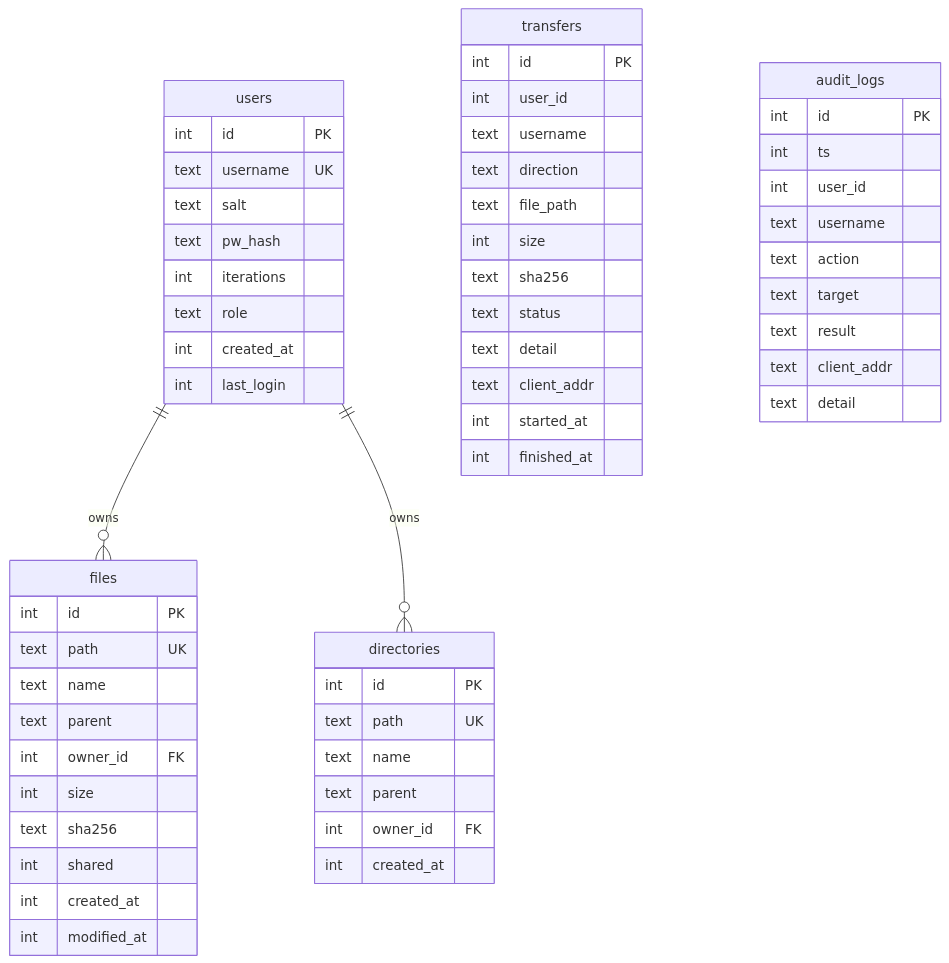
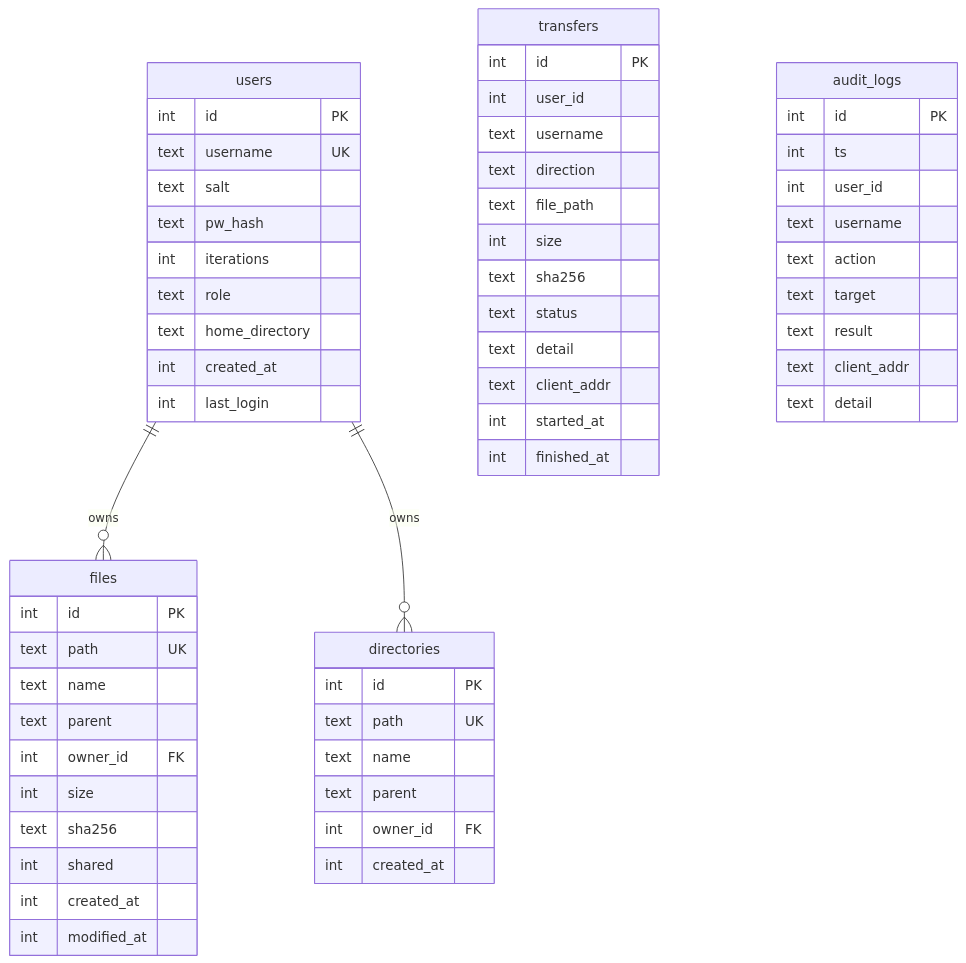
One commit to neelanjanpandaa/LinSFT changed the fifth of 5 diagrams in README.md. Above: the diagram before and after it, drawn with Mermaid. The commit also changed other lines of this file and 13 other files, not shown here.

Commit message:
Docs: SRS, SDLC, TestCases, POSTER_COMPLIANCE, 10-day plan; update README/UML/DEMO/ARCHITECTURE for the new layout and CLI

````diff
--- a/README.md
+++ b/README.md
@@ -130,50 +132,51 @@
 ```mermaid
 erDiagram
     users ||--o{ files : owns
     users ||--o{ directories : owns
     users { int id PK
             text username UK
             text salt
             text pw_hash
             int iterations
             text role
+            text home_directory
             int created_at
             int last_login }
     files { int id PK
             text path UK
             text name
             text parent
             int owner_id FK
             int size
             text sha256
             int shared
             int created_at
             int modified_at }
     directories { int id PK
                   text path UK
                   text name
                   text parent
                   int owner_id FK
                   int created_at }
     transfers { int id PK
                 int user_id
                 text username
                 text direction
                 text file_path
                 int size
                 text sha256
                 text status
                 text detail
                 text client_addr
                 int started_at
                 int finished_at }
     audit_logs { int id PK
                  int ts
                  int user_id
                  text username
                  text action
                  text target
                  text result
                  text client_addr
                  text detail }
 ```
````
